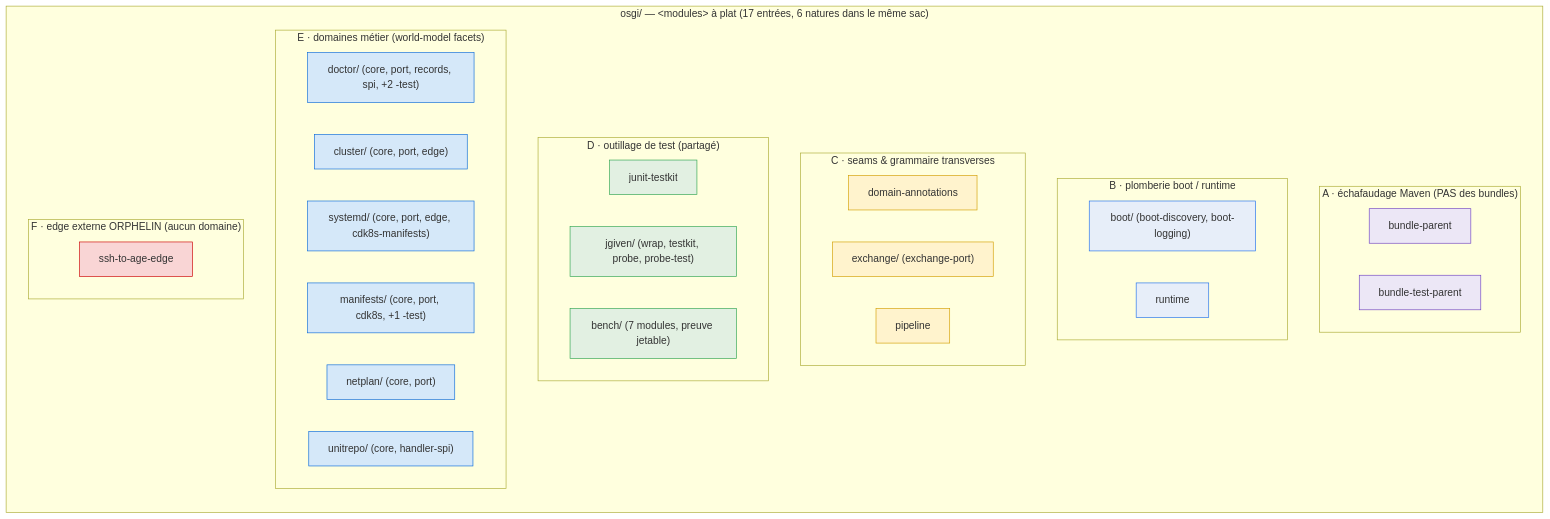
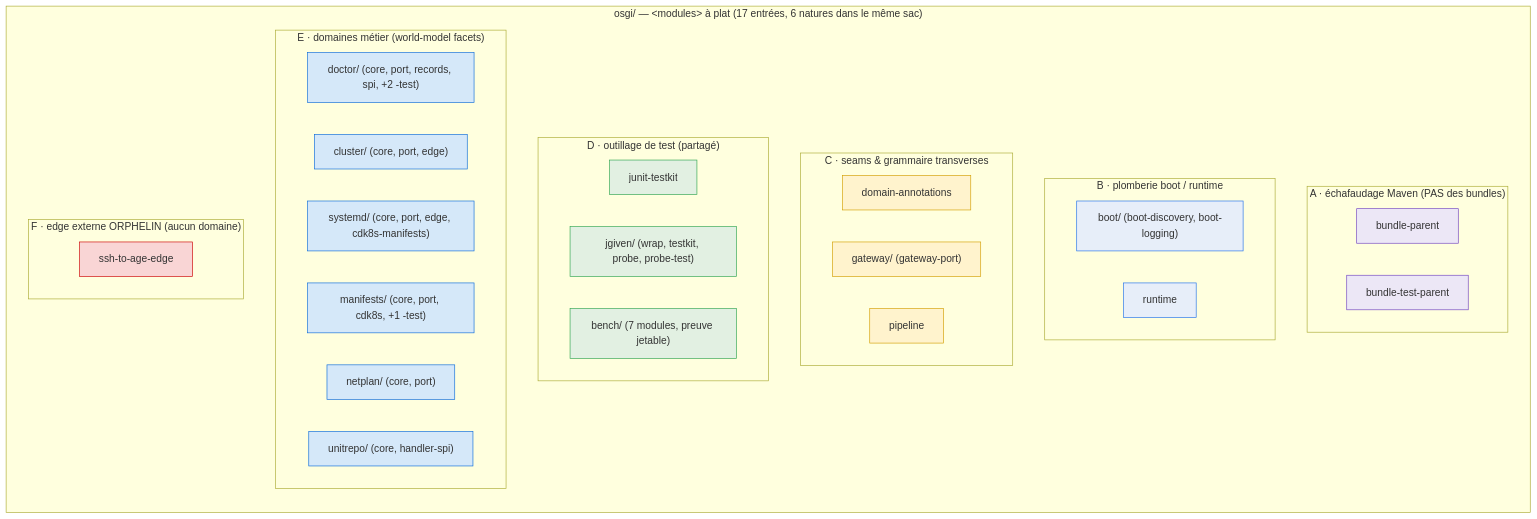
One commit to nxmatic/rke2lab changed the first of 10 diagrams in docs/architecture/osgi/osgi-aggregator-layout-spec.adoc. Above: the diagram before and after it, drawn with Mermaid. The commit also changed other lines of this file and 66 other files, not shown here.

First line of the commit message:
refactor(world-gateway): rename "exchange" → "gateway" across the worktree

```diff
--- a/docs/architecture/osgi/osgi-aggregator-layout-spec.adoc
+++ b/docs/architecture/osgi/osgi-aggregator-layout-spec.adoc
@@ -55,55 +55,55 @@
 [mermaid]
 ....
 flowchart TB
   subgraph OSGI["osgi/  —  &lt;modules&gt; à plat (17 entrées, 6 natures dans le même sac)"]
     direction TB
 
     subgraph A["A · échafaudage Maven (PAS des bundles)"]
       bp["bundle-parent"]
       btp["bundle-test-parent"]
     end
 
     subgraph B["B · plomberie boot / runtime"]
       boot["boot/ (boot-discovery, boot-logging)"]
       rt["runtime"]
     end
 
     subgraph C["C · seams &amp; grammaire transverses"]
       da["domain-annotations"]
-      ex["exchange/ (exchange-port)"]
+      ex["gateway/ (gateway-port)"]
       pl["pipeline"]
     end
 
     subgraph D["D · outillage de test (partagé)"]
       jut["junit-testkit"]
       jg["jgiven/ (wrap, testkit, probe, probe-test)"]
       bench["bench/ (7 modules, preuve jetable)"]
     end
 
     subgraph E["E · domaines métier (world-model facets)"]
       doc["doctor/ (core, port, records, spi, +2 -test)"]
       clu["cluster/ (core, port, edge)"]
       sys["systemd/ (core, port, edge, cdk8s-manifests)"]
       man["manifests/ (core, port, cdk8s, +1 -test)"]
       net["netplan/ (core, port)"]
       uni["unitrepo/ (core, handler-spi)"]
     end
 
     subgraph F["F · edge externe ORPHELIN (aucun domaine)"]
       ssh["ssh-to-age-edge"]
     end
   end
 
   classDef scaffold fill:#ece7f6,stroke:#6f42c1;
   classDef plumbing fill:#e7eef9,stroke:#1f6feb;
   classDef seam fill:#fff3cd,stroke:#d39e00;
   classDef test fill:#e2f0e2,stroke:#2da44e;
   classDef domain fill:#d5e8f9,stroke:#0969da;
   classDef orphan fill:#f9d5d5,stroke:#cc0000;
   class bp,btp scaffold;
   class boot,rt plumbing;
   class da,ex,pl seam;
   class jut,jg,bench test;
   class doc,clu,sys,man,net,uni domain;
   class ssh orphan;
 ....
```
